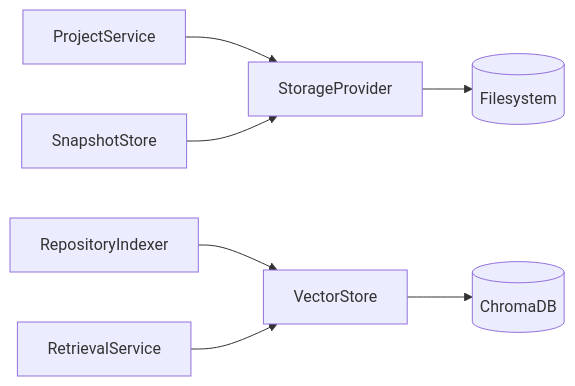
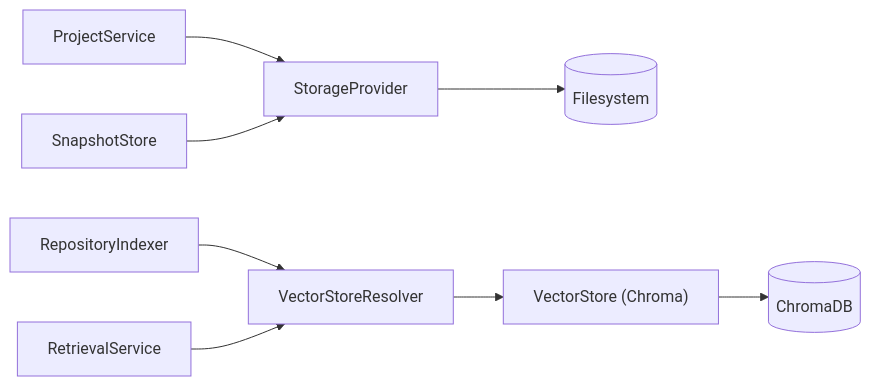
One commit to Smit-whitespace/repository-intelligence-platform changed the diagram in docs/architecture/backend/storage.md. Above: the diagram before and after it, drawn with Mermaid. The commit also changed other lines of this file and 75 other files, not shown here.

````diff
--- a/docs/architecture/backend/storage.md
+++ b/docs/architecture/backend/storage.md
@@ -43,9 +43,10 @@
 ```mermaid
 graph LR
     PM["ProjectService"] --> SPR["StorageProvider"]
     SS["SnapshotStore"] --> SPR
     SPR --> FS[("Filesystem")]
-    IX["RepositoryIndexer"] --> VS["VectorStore"]
-    RS["RetrievalService"] --> VS
+    IX["RepositoryIndexer"] --> VR["VectorStoreResolver"]
+    RS["RetrievalService"] --> VR
+    VR --> VS["VectorStore (Chroma)"]
     VS --> CDB[("ChromaDB")]
 ```
````
